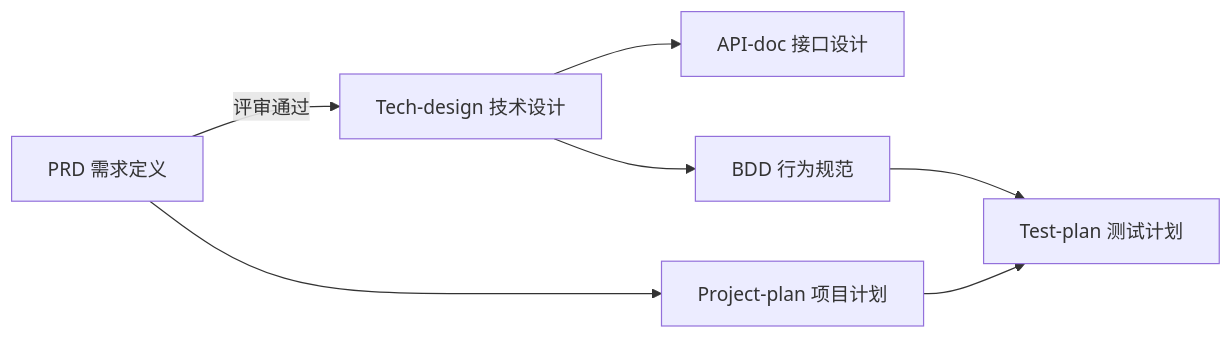
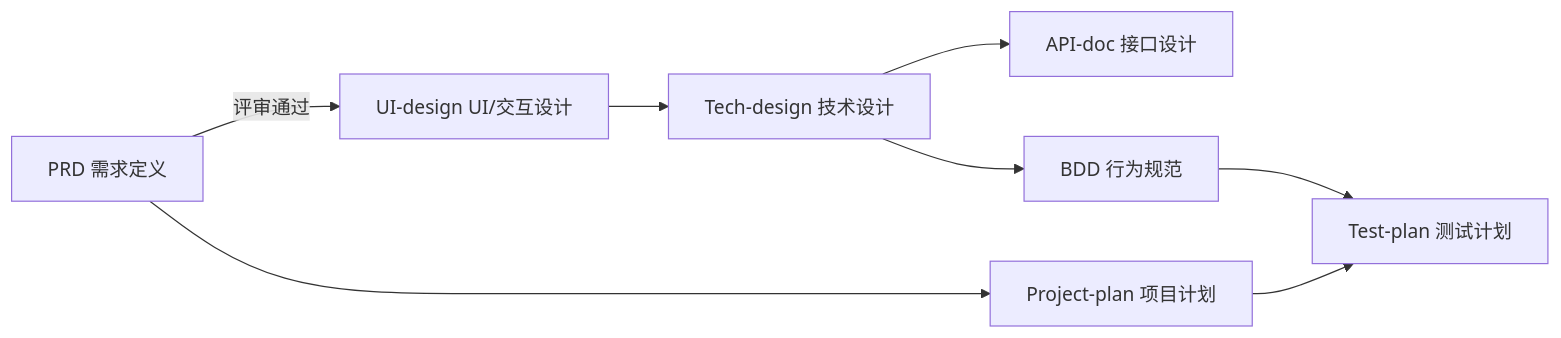
The diagram in projects/todolist/docs/README.md (yarnovo/ai-next), drawn with Mermaid before and after one commit. The commit also changed other lines of this file and 5 other files, not shown here.

````diff
--- a/projects/todolist/docs/README.md
+++ b/projects/todolist/docs/README.md
@@ -125,9 +140,10 @@
 ```mermaid
 graph LR
-    A[PRD 需求定义] -->|评审通过| B[Tech-design 技术设计]
-    B --> C[API-doc 接口设计]
-    B --> D[BDD 行为规范]
-    A --> E[Project-plan 项目计划]
-    D --> F[Test-plan 测试计划]
-    E --> F
+    A[PRD 需求定义] -->|评审通过| B[UI-design UI/交互设计]
+    B --> C[Tech-design 技术设计]
+    C --> D[API-doc 接口设计]
+    C --> E[BDD 行为规范]
+    A --> F[Project-plan 项目计划]
+    E --> G[Test-plan 测试计划]
+    F --> G
 ```
````
